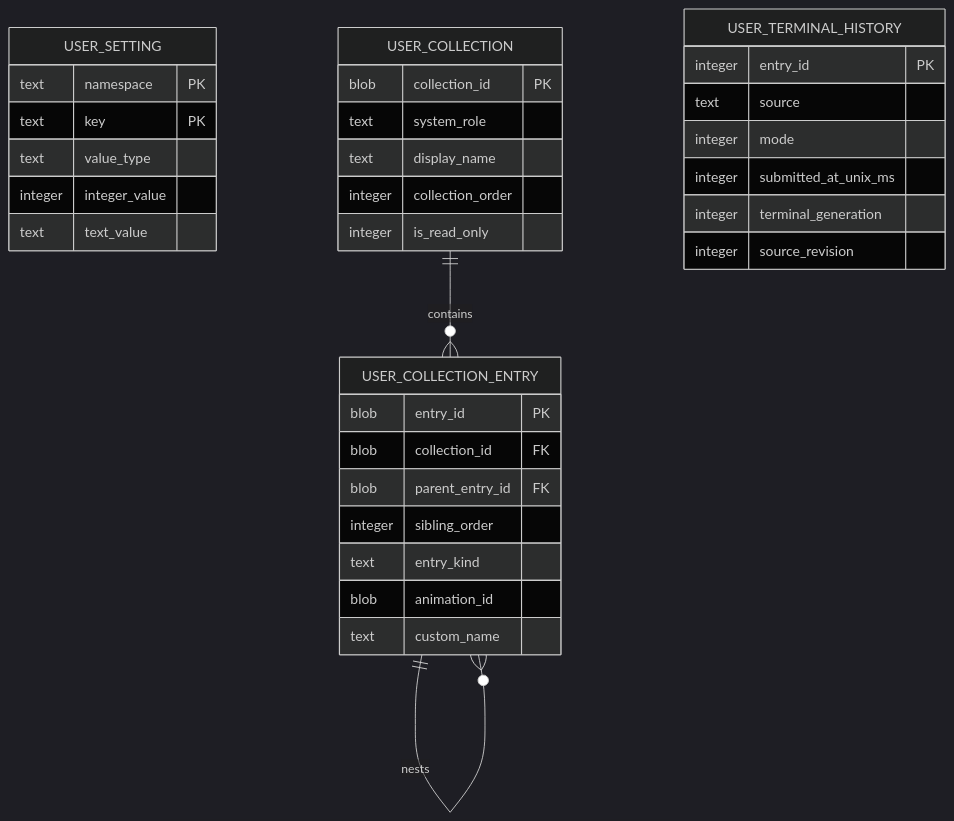
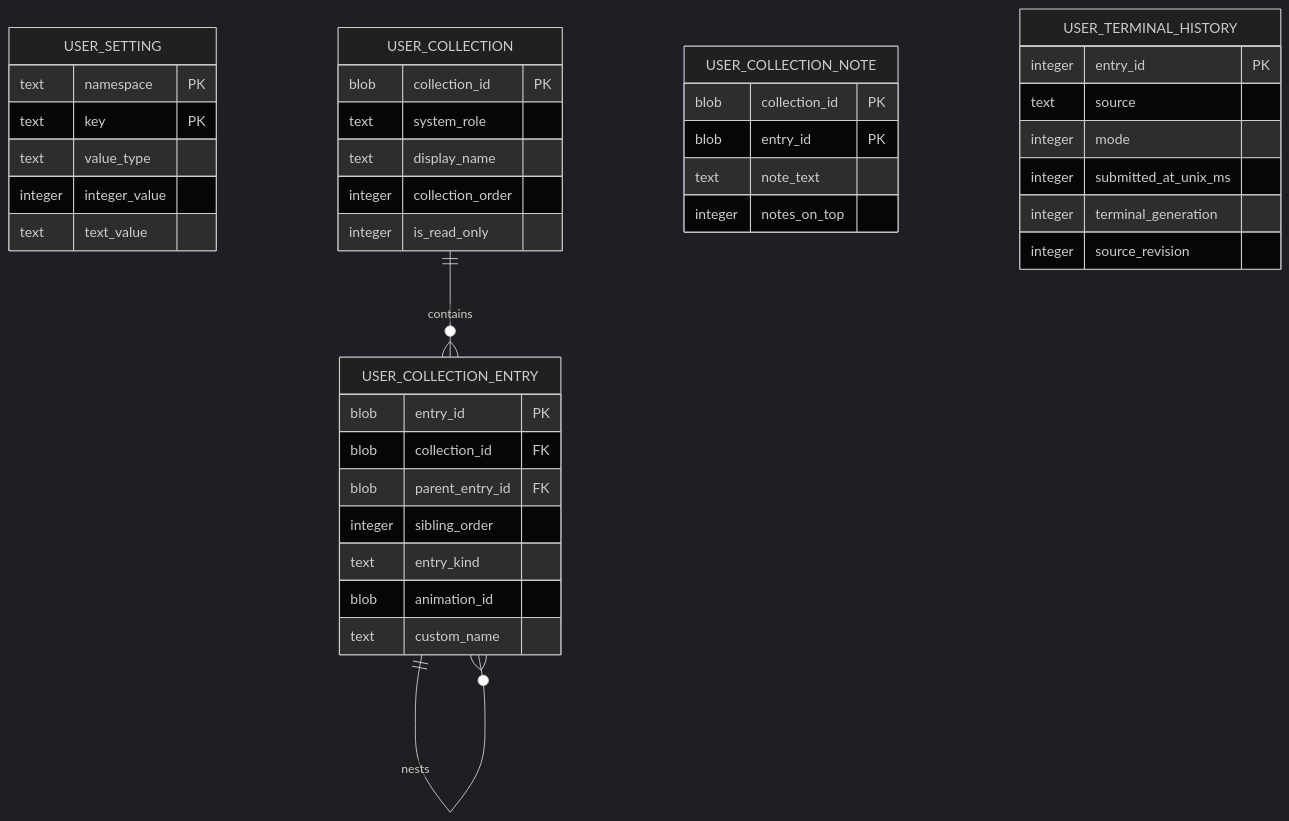
The fourth of 5 diagrams in docs/wiki/Guides/Sqlite3.md (derekshoneycutt/Euclid), drawn with Mermaid (dark theme) before and after one commit. The commit also changed other lines of this file and 72 other files, not shown here.

Commit message:
Add user notes to custom collections

````diff
--- a/docs/wiki/Guides/Sqlite3.md
+++ b/docs/wiki/Guides/Sqlite3.md
@@ -236,36 +236,42 @@
 ```mermaid
 erDiagram
     USER_SETTING {
         text namespace PK
         text key PK
         text value_type
         integer integer_value
         text text_value
     }
     USER_COLLECTION {
         blob collection_id PK
         text system_role
         text display_name
         integer collection_order
         integer is_read_only
     }
     USER_COLLECTION_ENTRY {
         blob entry_id PK
         blob collection_id FK
         blob parent_entry_id FK
         integer sibling_order
         text entry_kind
         blob animation_id
         text custom_name
     }
+    USER_COLLECTION_NOTE {
+        blob collection_id PK
+        blob entry_id PK
+        text note_text
+        integer notes_on_top
+    }
     USER_TERMINAL_HISTORY {
         integer entry_id PK
         text source
         integer mode
         integer submitted_at_unix_ms
         integer terminal_generation
         integer source_revision
     }
     USER_COLLECTION ||--o{ USER_COLLECTION_ENTRY : contains
     USER_COLLECTION_ENTRY ||--o{ USER_COLLECTION_ENTRY : nests
 ```
````
